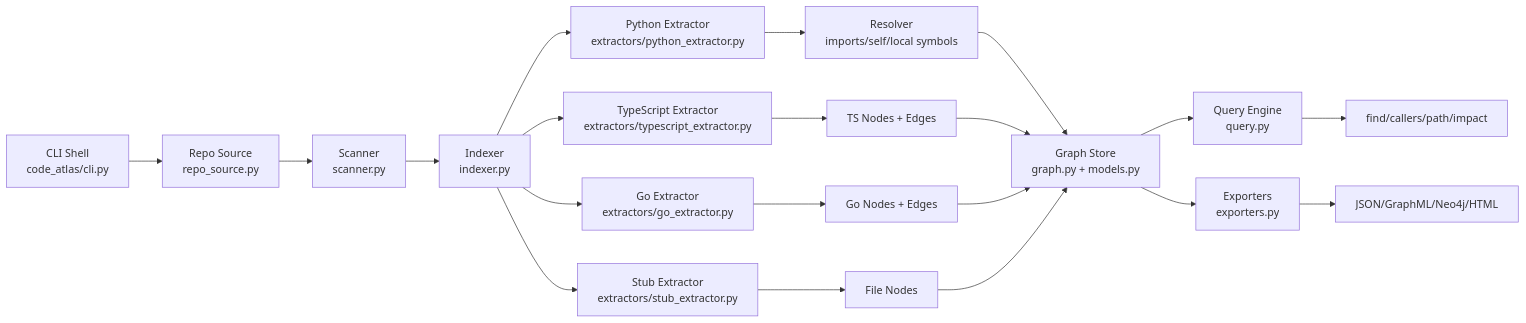
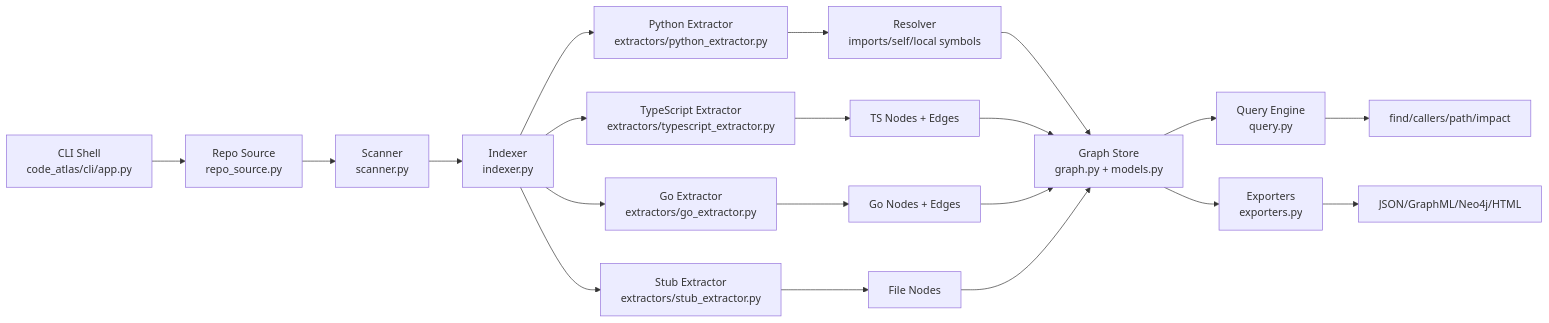
Before and after one commit to anismabaziz/saurix: the fifth of 9 diagrams in README.md, drawn with Mermaid. The commit also changed other lines of this file and 10 other files, not shown here.

````diff
--- a/README.md
+++ b/README.md
@@ -129,22 +150,22 @@
 ```mermaid
 flowchart LR
-    A[CLI Shell\ncode_atlas/cli.py] --> B[Repo Source\nrepo_source.py]
+    A[CLI Shell\ncode_atlas/cli/app.py] --> B[Repo Source\nrepo_source.py]
     B --> C[Scanner\nscanner.py]
     C --> D[Indexer\nindexer.py]
     D --> E1[Python Extractor\nextractors/python_extractor.py]
     D --> E2[TypeScript Extractor\nextractors/typescript_extractor.py]
     D --> E3[Go Extractor\nextractors/go_extractor.py]
     D --> E4[Stub Extractor\nextractors/stub_extractor.py]
     E1 --> F[Resolver\nimports/self/local symbols]
     E2 --> G[TS Nodes + Edges]
     E3 --> H2[Go Nodes + Edges]
     E4 --> G2[File Nodes]
     F --> H[Graph Store\ngraph.py + models.py]
     G --> H
     H2 --> H
     G2 --> H
     H --> I[Query Engine\nquery.py]
     H --> J[Exporters\nexporters.py]
     I --> K[find/callers/path/impact]
     J --> L[JSON/GraphML/Neo4j/HTML]
 ```
````
